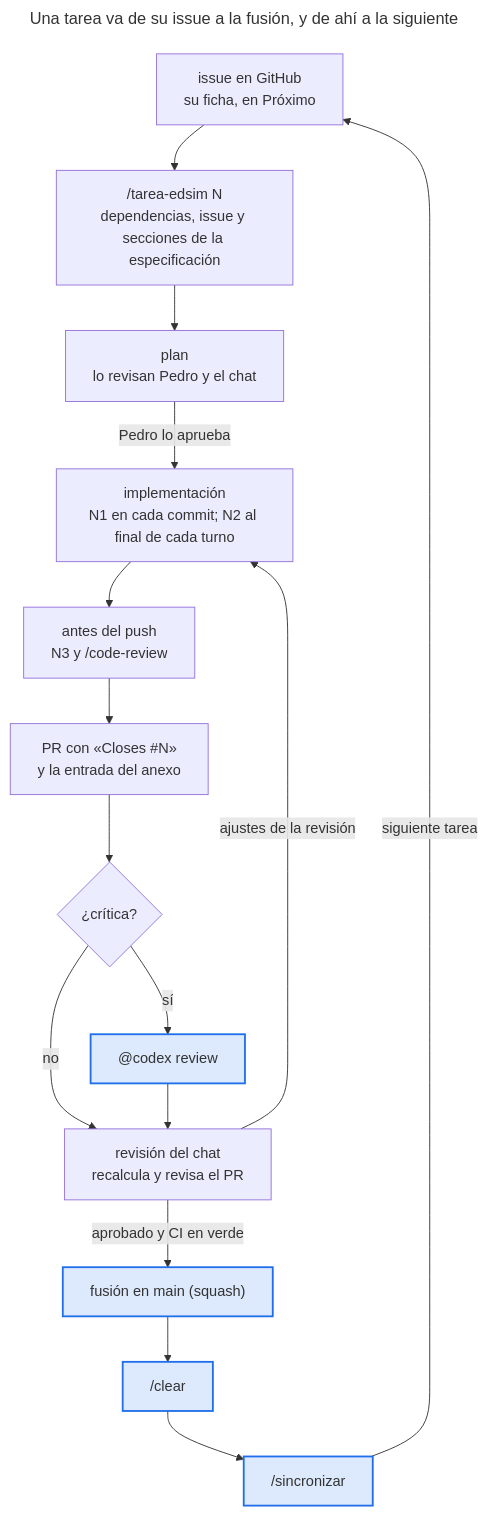
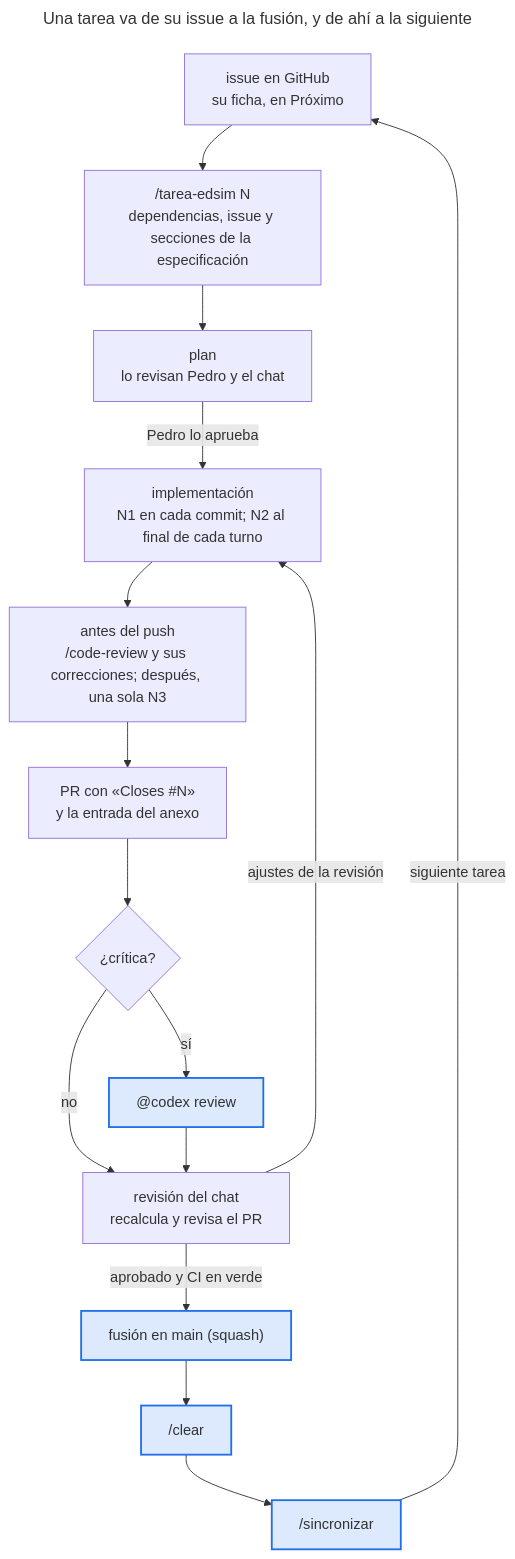
One commit to pdromer0/edsim changed the first of 3 diagrams in docs/proceso/flujo.md. Above: the diagram before and after it, drawn with Mermaid. The commit also changed other lines of this file and 13 other files, not shown here.

First line of the commit message:
Proceso: una sola N3, después de la revisión propia (ADR 0083) (#101)

````diff
--- a/docs/proceso/flujo.md
+++ b/docs/proceso/flujo.md
@@ -9,22 +9,22 @@
 ```mermaid
 ---
 title: "Una tarea va de su issue a la fusión, y de ahí a la siguiente"
 ---
 flowchart TD
     issue["issue en GitHub<br/>su ficha, en Próximo"] --> skill["/tarea-edsim N<br/>dependencias, issue y secciones de la especificación"]
     skill --> plan["plan<br/>lo revisan Pedro y el chat"]
     plan -->|"Pedro lo aprueba"| impl["implementación<br/>N1 en cada commit; N2 al final de cada turno"]
-    impl --> antes["antes del push<br/>N3 y /code-review"]
+    impl --> antes["antes del push<br/>/code-review y sus correcciones; después, una sola N3"]
     antes --> pr["PR con «Closes #N»<br/>y la entrada del anexo"]
     pr --> critica{"¿crítica?"}
     critica -->|"sí"| codex["@codex review"]
     critica -->|"no"| revision["revisión del chat<br/>recalcula y revisa el PR"]
     codex --> revision
     revision -->|"ajustes de la revisión"| impl
     revision -->|"aprobado y CI en verde"| fusion["fusión en main (squash)"]
     fusion --> clear["/clear"]
     clear --> sinc["/sincronizar"]
     sinc -->|"siguiente tarea"| issue
     classDef destacado fill:#1f6feb26,stroke:#1f6feb,stroke-width:2px
     class codex,fusion,clear,sinc destacado
 ```
````
